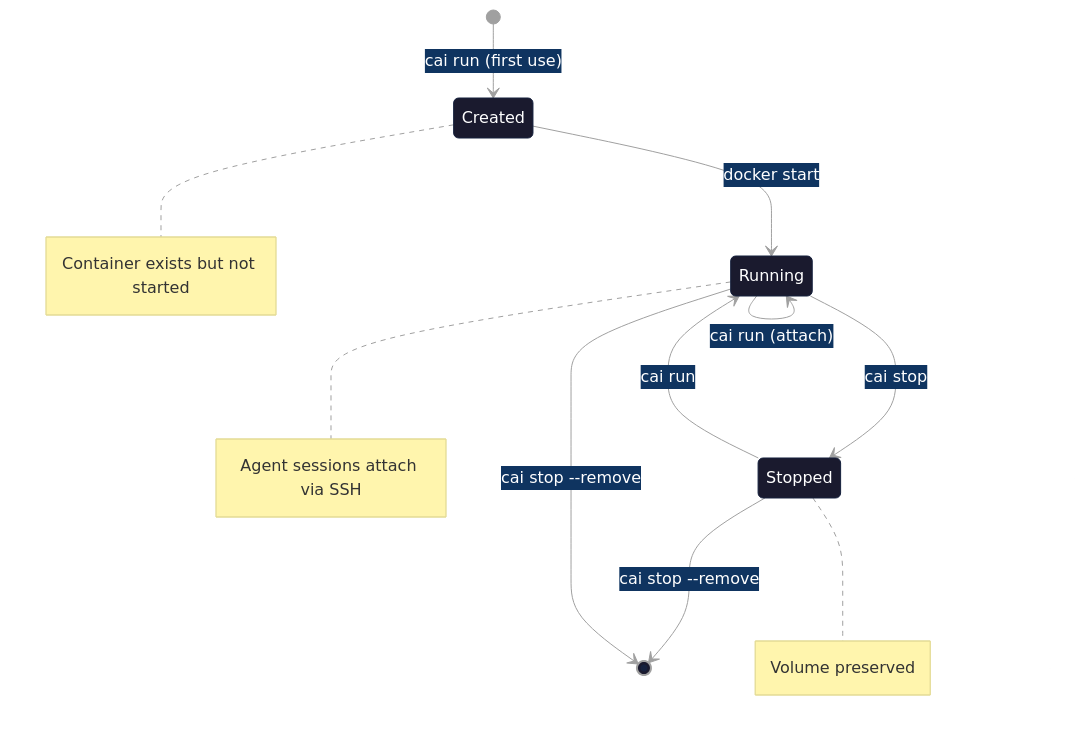
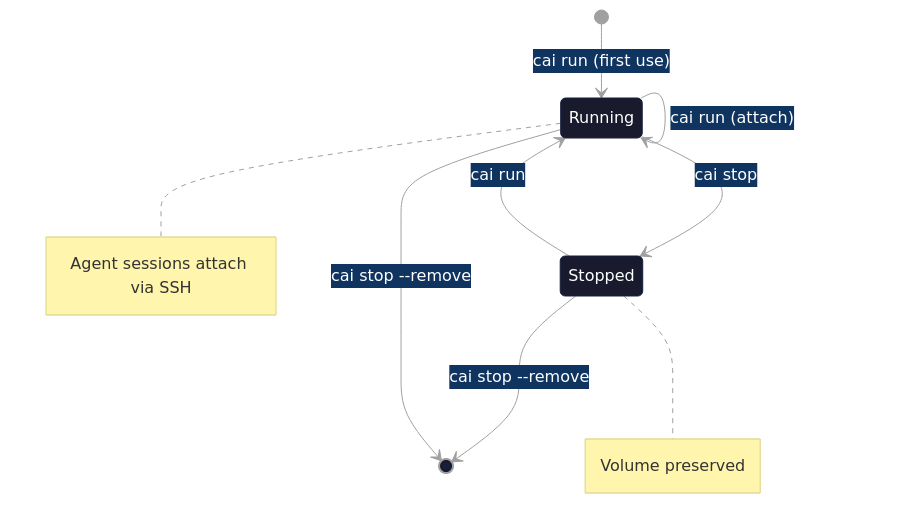
Before and after one commit to novotnyllc/ContainAI: the diagram in docs/lifecycle.md, drawn with Mermaid. The commit also changed other lines of this file, not shown here.

````diff
--- a/docs/lifecycle.md
+++ b/docs/lifecycle.md
@@ -9,24 +9,22 @@
 ```mermaid
 %%{init: {'theme': 'base', 'themeVariables': {
   'primaryColor': '#1a1a2e',
   'primaryTextColor': '#ffffff',
   'primaryBorderColor': '#16213e',
   'secondaryColor': '#0f3460',
   'tertiaryColor': '#1a1a2e',
   'lineColor': '#a0a0a0',
   'textColor': '#ffffff',
   'background': '#0d1117'
 }}}%%
 stateDiagram-v2
-    [*] --> Created: cai run (first use)
-    Created --> Running: docker start
+    [*] --> Running: cai run (first use)
     Running --> Running: cai run (attach)
     Running --> Stopped: cai stop
     Stopped --> Running: cai run
     Stopped --> [*]: cai stop --remove
     Running --> [*]: cai stop --remove
 
-    note right of Created: Container exists but not started
     note right of Running: Agent sessions attach via SSH
     note right of Stopped: Volume preserved
 ```
````
